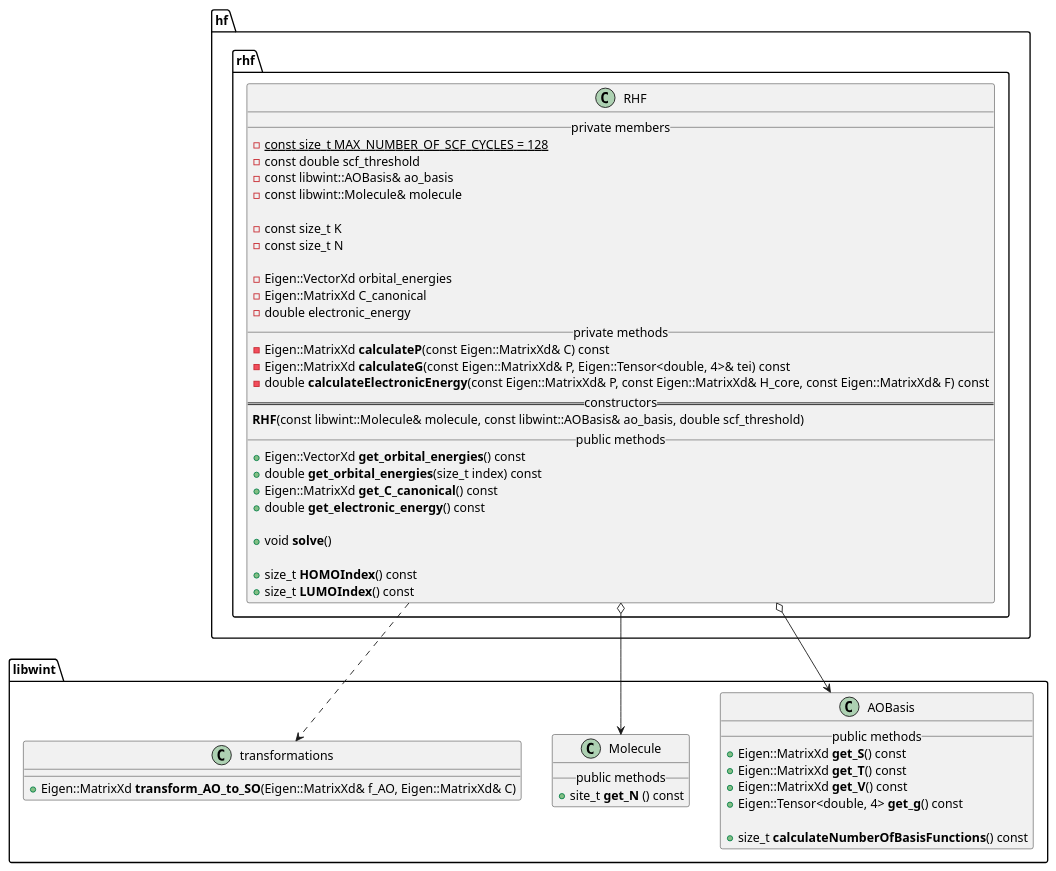
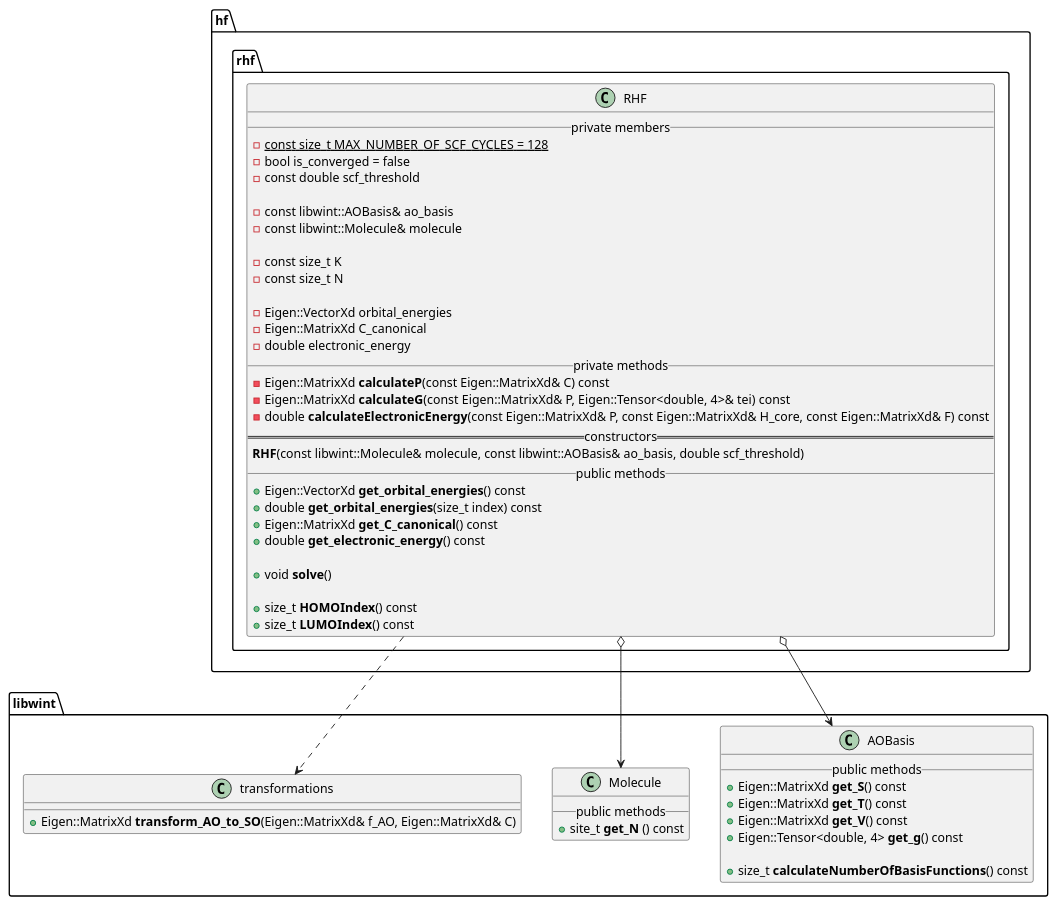
Before and after one commit to tmhuysen/hf: the diagram in docs/hf.puml, drawn with PlantUML. The commit also changed 2 other files, not shown here.

```diff
--- a/docs/hf.puml
+++ b/docs/hf.puml
@@ -1,74 +1,76 @@
 @startuml
 
 
 namespace libwint {
 
     class AOBasis {
         __ public methods __
             + Eigen::MatrixXd **get_S**() const
             + Eigen::MatrixXd **get_T**() const
             + Eigen::MatrixXd **get_V**() const
             + Eigen::Tensor<double, 4> **get_g**() const
 
             + size_t **calculateNumberOfBasisFunctions**() const
     }
 
 
     class Molecule {
         __ public methods __
             + site_t **get_N** () const
     }
 
 
     class transformations {
         + Eigen::MatrixXd **transform_AO_to_SO**(Eigen::MatrixXd& f_AO, Eigen::MatrixXd& C)
     }
 
 }
 
 
 namespace hf {
     namespace rhf {
 
         class RHF {
             __ private members __
                 - const size_t {static} MAX_NUMBER_OF_SCF_CYCLES = 128
+                - bool is_converged = false
                 - const double scf_threshold
+
                 - const libwint::AOBasis& ao_basis
                 - const libwint::Molecule& molecule
 
                 - const size_t K
                 - const size_t N
 
                 - Eigen::VectorXd orbital_energies
                 - Eigen::MatrixXd C_canonical
                 - double electronic_energy
             __ private methods __
                 - Eigen::MatrixXd **calculateP**(const Eigen::MatrixXd& C) const
                 - Eigen::MatrixXd **calculateG**(const Eigen::MatrixXd& P, Eigen::Tensor<double, 4>& tei) const
                 - double **calculateElectronicEnergy**(const Eigen::MatrixXd& P, const Eigen::MatrixXd& H_core, const Eigen::MatrixXd& F) const
             == constructors ==
                 **RHF**(const libwint::Molecule& molecule, const libwint::AOBasis& ao_basis, double scf_threshold)
             __ public methods __
                 + Eigen::VectorXd **get_orbital_energies**() const
                 + double **get_orbital_energies**(size_t index) const
                 + Eigen::MatrixXd **get_C_canonical**() const
                 + double **get_electronic_energy**() const
 
                 + void **solve**()
 
                 + size_t **HOMOIndex**() const
                 + size_t **LUMOIndex**() const
         }
     }
 }
 
 
 
 hf.rhf.RHF o--> libwint.AOBasis
 
 hf.rhf.RHF o--> libwint.Molecule
 
 hf.rhf.RHF ..> libwint.transformations
 
 @enduml
```
